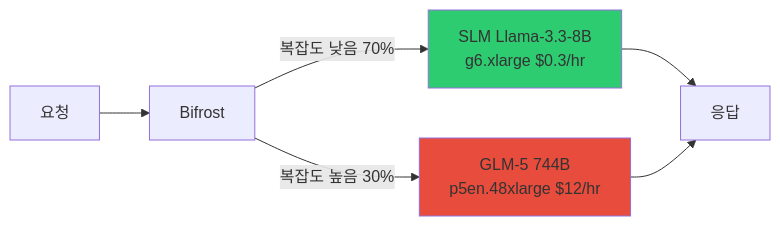
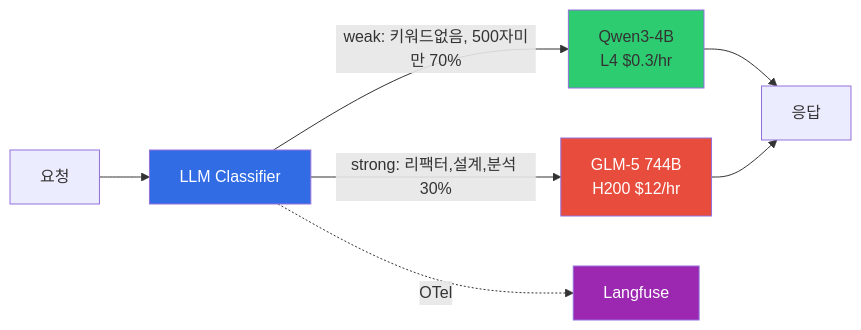
Before and after one commit to devfloor9/engineering-playbook: the second of 3 diagrams in docs/agentic-ai-platform/reference-architecture/coding-tools-cost-analysis.md, drawn with Mermaid. The commit also changed other lines of this file and 6 other files, not shown here.

First line of the commit message:
docs: LLM Classifier 자동 모델 분기 아키텍처 반영

````diff
--- a/docs/agentic-ai-platform/reference-architecture/coding-tools-cost-analysis.md
+++ b/docs/agentic-ai-platform/reference-architecture/coding-tools-cost-analysis.md
@@ -290,11 +268,14 @@
 ```mermaid
 graph LR
-    Req[요청] --> BF[Bifrost]
-    BF -->|복잡도 낮음 70%| SLM[SLM Llama-3.3-8B<br/>g6.xlarge $0.3/hr]
-    BF -->|복잡도 높음 30%| LLM[GLM-5 744B<br/>p5en.48xlarge $12/hr]
+    Req[요청] --> CLS[LLM Classifier]
+    CLS -->|weak: 키워드없음, 500자미만 70%| SLM[Qwen3-4B<br/>L4 $0.3/hr]
+    CLS -->|strong: 리팩터,설계,분석 30%| LLM[GLM-5 744B<br/>H200 $12/hr]
     SLM --> Resp[응답]
     LLM --> Resp
+    CLS -.->|OTel| LF[Langfuse]
     
+    style CLS fill:#326ce5,color:#fff
     style SLM fill:#2ecc71
-    style LLM fill:#e74c3c
+    style LLM fill:#e74c3c,color:#fff
+    style LF fill:#9c27b0,color:#fff
 ```
````
